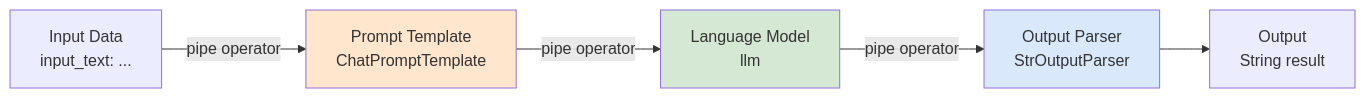
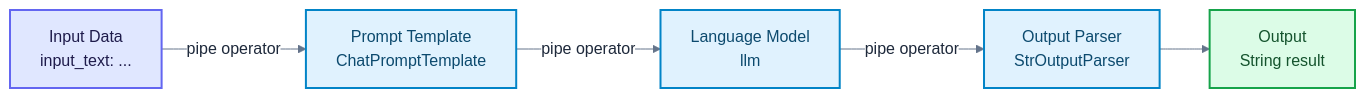
The second of 3 diagrams in docs/06-frameworks/einsteiger-langchain.md (ralf-42/GenAI), drawn with Mermaid before and after one commit. The commit also changed other lines of this file and 25 other files, not shown here.

````diff
--- a/docs/06-frameworks/einsteiger-langchain.md
+++ b/docs/06-frameworks/einsteiger-langchain.md
@@ -422,17 +439,37 @@
 ```mermaid
+---
+config:
+  theme: base
+  look: classic
+  themeVariables:
+    primaryColor: '#e0f2fe'
+    primaryBorderColor: '#0284c7'
+    primaryTextColor: '#1e293b'
+    lineColor: '#64748b'
+    clusterBkg: '#f8fafc'
+    clusterBorder: '#cbd5e1'
+    noteBkgColor: '#fef3c7'
+    noteBorderColor: '#d97706'
+    noteTextColor: '#78350f'
+    edgeLabelBackground: '#ffffff'
+---
+
 flowchart LR
     INPUT[Input Data<br/>input_text: ...]
     PROMPT[Prompt Template<br/>ChatPromptTemplate]
     LLM[Language Model<br/>llm]
     PARSER[Output Parser<br/>StrOutputParser]
     OUTPUT[Output<br/>String result]
 
     INPUT -->|pipe operator| PROMPT
     PROMPT -->|pipe operator| LLM
     LLM -->|pipe operator| PARSER
     PARSER --> OUTPUT
 
-    style PROMPT fill:#ffe6cc
-    style LLM fill:#d5e8d4
-    style PARSER fill:#dae8fc
+%% Funktionsfarben nach Mermaid_Best_Practices.md
+classDef default fill:#e0f2fe,stroke:#0284c7,stroke-width:2px,color:#0c4a6e;
+classDef input fill:#e0e7ff,stroke:#6366f1,stroke-width:2px,color:#1e1b4b;
+classDef output fill:#dcfce7,stroke:#16a34a,stroke-width:2px,color:#14532d;
+class INPUT input;
+class OUTPUT output;
 ```
````
